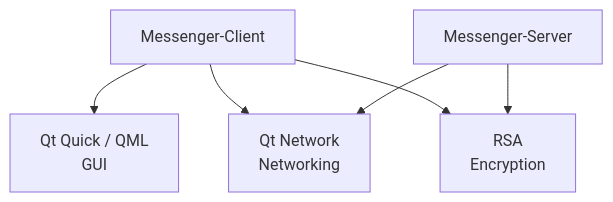
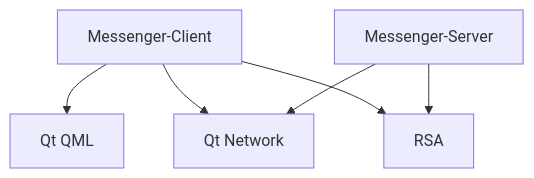
Before and after one commit to ParallelEngineering/Messenger: the diagram in README.md, drawn with Mermaid.

Commit message:
Refine labels in README diagram
Updated diagram labels for clarity.

````diff
--- a/README.md
+++ b/README.md
@@ -13,14 +13,14 @@
 ```mermaid
 flowchart TD
     Client["Messenger-Client"]
     Server["Messenger-Server"]
-    RSA["RSA\nEncryption"]
-    QtGUI["Qt Quick / QML\nGUI"]
-    QtNetwork["Qt Network\nNetworking"]
+    RSA["RSA"]
+    QtGUI["Qt QML"]
+    QtNetwork["Qt Network"]
 
     Client --> QtGUI
     Client --> QtNetwork
     Server --> QtNetwork
     Client --> RSA
     Server --> RSA
 ```
````
